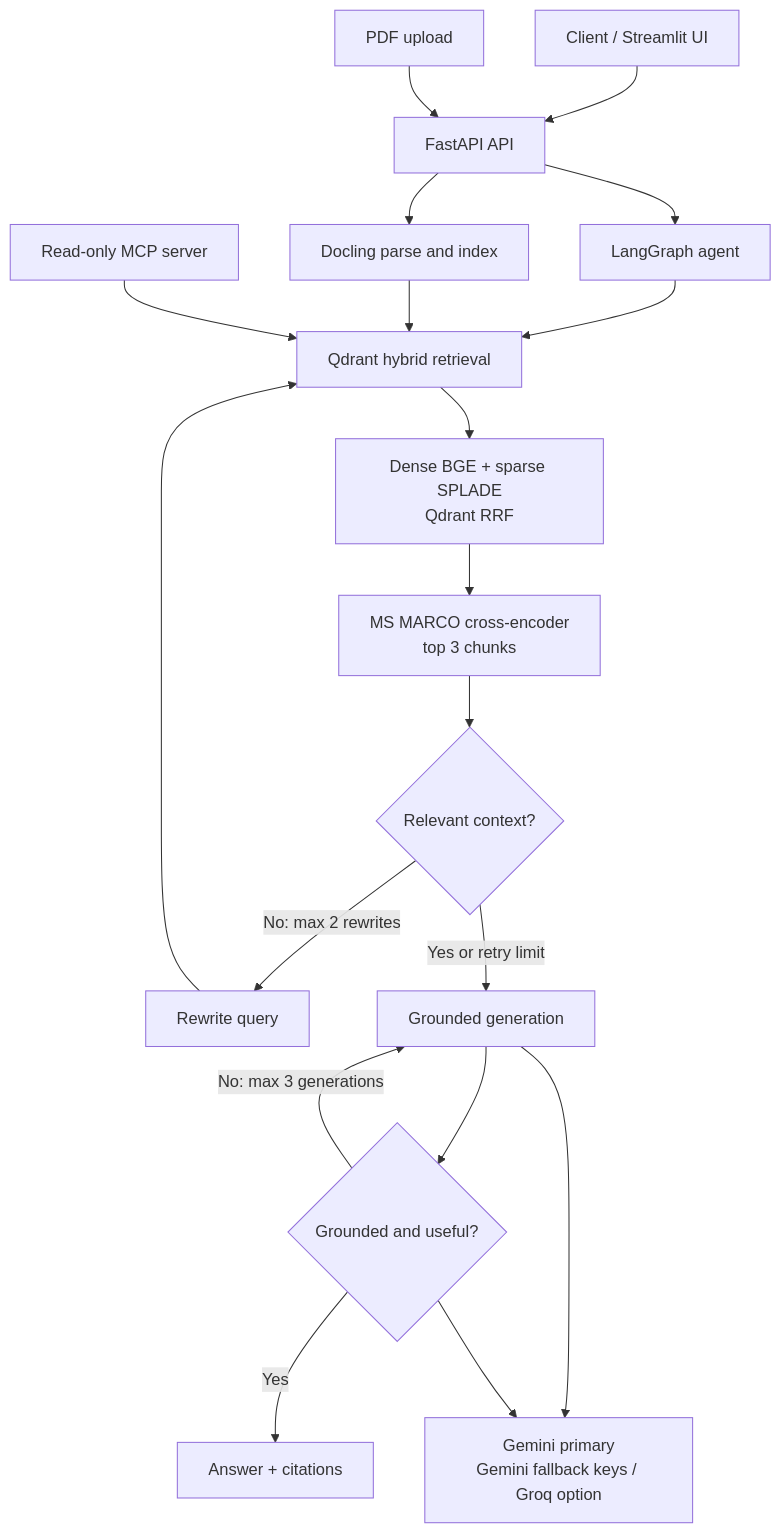
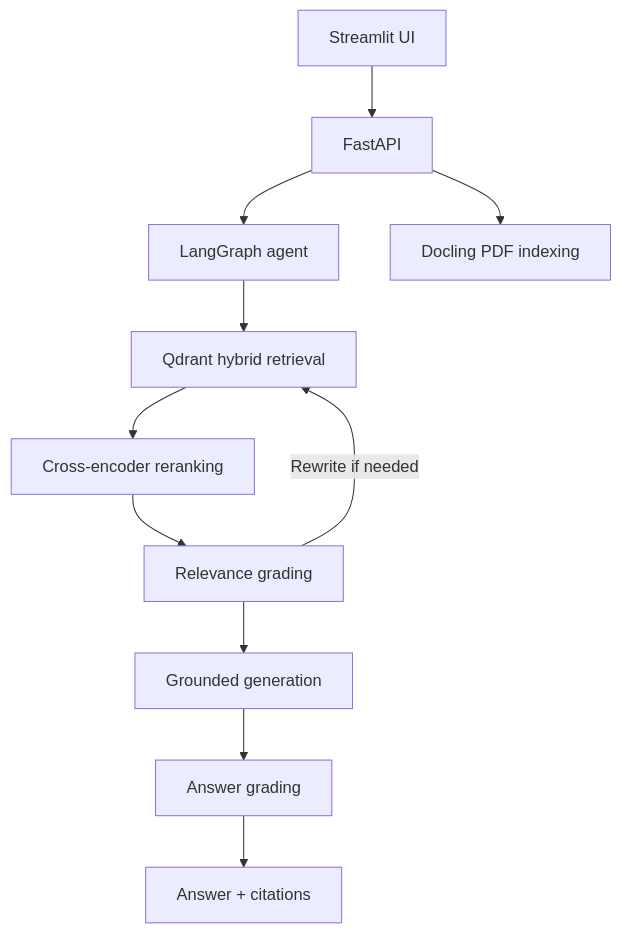
The diagram in README.md (AdhamDesouky/autonomous-context-engine), drawn with Mermaid before and after one commit. The commit also changed other lines of this file, not shown here.

````diff
--- a/README.md
+++ b/README.md
@@ -15,21 +26,13 @@
 ```mermaid
 flowchart TD
-    CLIENT[Client / Streamlit UI] --> API[FastAPI API]
-    UPLOAD[PDF upload] --> API
+    UI[Streamlit UI] --> API[FastAPI]
     API --> GRAPH[LangGraph agent]
     GRAPH --> RETRIEVE[Qdrant hybrid retrieval]
-    RETRIEVE --> RRF[Dense BGE + sparse SPLADE<br/>Qdrant RRF]
-    RRF --> RERANK[MS MARCO cross-encoder<br/>top 3 chunks]
-    RERANK --> GRADE{Relevant context?}
-    GRADE -- No: max 2 rewrites --> REWRITE[Rewrite query]
-    REWRITE --> RETRIEVE
-    GRADE -- Yes or retry limit --> GENERATE[Grounded generation]
-    GENERATE --> CHECK{Grounded and useful?}
-    CHECK -- No: max 3 generations --> GENERATE
-    CHECK -- Yes --> RESPONSE[Answer + citations]
-    API --> INGEST[Docling parse and index]
-    INGEST --> RETRIEVE
-    MCP[Read-only MCP server] --> RETRIEVE
-    GENERATE --> LLM[Gemini primary<br/>Gemini fallback keys / Groq option]
-    CHECK --> LLM
+    RETRIEVE --> RERANK[Cross-encoder reranking]
+    RERANK --> GRADE[Relevance grading]
+    GRADE -->|Rewrite if needed| RETRIEVE
+    GRADE --> GENERATE[Grounded generation]
+    GENERATE --> CHECK[Answer grading]
+    CHECK --> RESPONSE[Answer + citations]
+    API --> INGEST[Docling PDF indexing]
 ```
````
